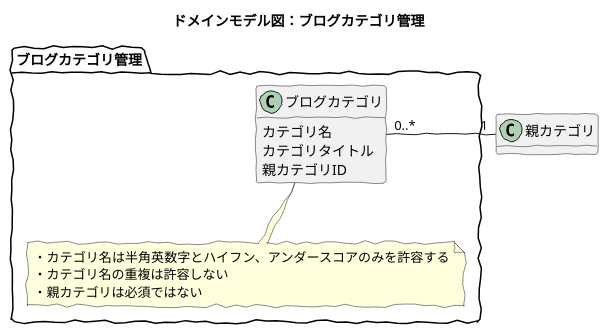
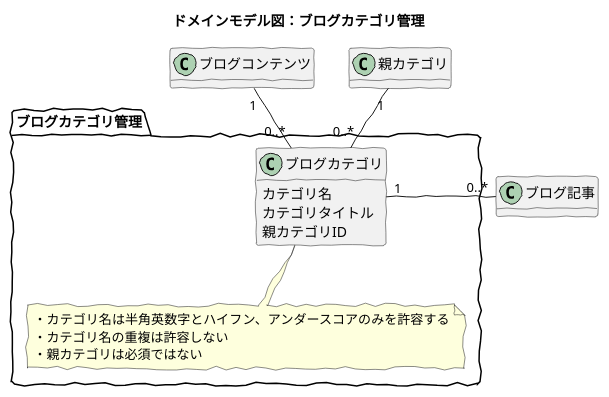
Before and after one commit to baserproject/baserproject.github.io: the diagram in src/puml/5/ucmitz/svg/domain_model/blog_categories.puml, drawn with PlantUML. The commit also changed 12 other files, not shown here.

```diff
--- a/src/puml/5/ucmitz/svg/domain_model/blog_categories.puml
+++ b/src/puml/5/ucmitz/svg/domain_model/blog_categories.puml
@@ -1,27 +1,30 @@
 @startuml
 skinparam handwritten true
 skinparam backgroundColor white
 hide method
 
 title ドメインモデル図：ブログカテゴリ管理
 
 package ブログカテゴリ管理 {
 	
 	class ブログカテゴリ {
 		カテゴリ名
 		カテゴリタイトル
 		親カテゴリID
 	}
 	note bottom
 	・カテゴリ名は半角英数字とハイフン、アンダースコアのみを許容する
 	・カテゴリ名の重複は許容しない
 	・親カテゴリは必須ではない
 	endnote
 
 }
 
 class 親カテゴリ
  
-ブログカテゴリ "0..*" - "1" 親カテゴリ
+ブログカテゴリ "0..*" -up- "1" 親カテゴリ
+ブログカテゴリ "0..*" -up- "1" ブログコンテンツ
+ブログカテゴリ "1" - "0..*" ブログ記事
+
 
 @enduml
```
